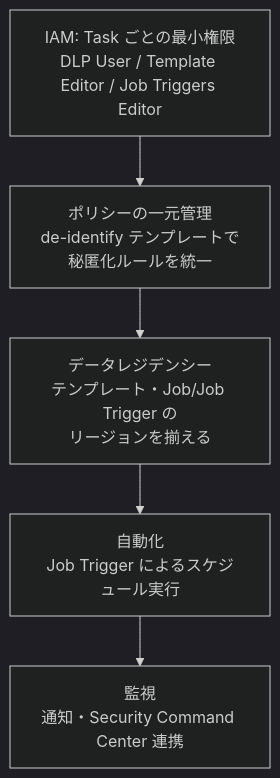
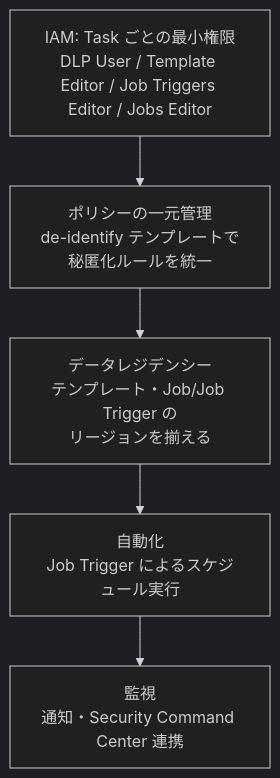
The sixth of 6 diagrams in Dlp-challenge-lab-guide.md (myoshi2891/Cloud-Infrastructure-Studies), drawn with Mermaid (dark theme) before and after one commit. The commit also changed other lines of this file, not shown here.

Commit message:
docs(dlp): add jobs editor role to task 3

````diff
--- a/Dlp-challenge-lab-guide.md
+++ b/Dlp-challenge-lab-guide.md
@@ -407,7 +407,7 @@
 ```mermaid
 flowchart TD
-    IAM["IAM: Task ごとの最小権限\nDLP User / Template Editor / Job Triggers Editor"] --> POLICY["ポリシーの一元管理\nde-identify テンプレートで秘匿化ルールを統一"]
+    IAM["IAM: Task ごとの最小権限\nDLP User / Template Editor / Job Triggers Editor / Jobs Editor"] --> POLICY["ポリシーの一元管理\nde-identify テンプレートで秘匿化ルールを統一"]
     POLICY --> REGION["データレジデンシー\nテンプレート・Job/Job Trigger の\nリージョンを揃える"]
     REGION --> AUTOMATION["自動化\nJob Trigger によるスケジュール実行"]
     AUTOMATION --> MONITOR["監視\n通知・Security Command Center 連携"]
 ```
````
